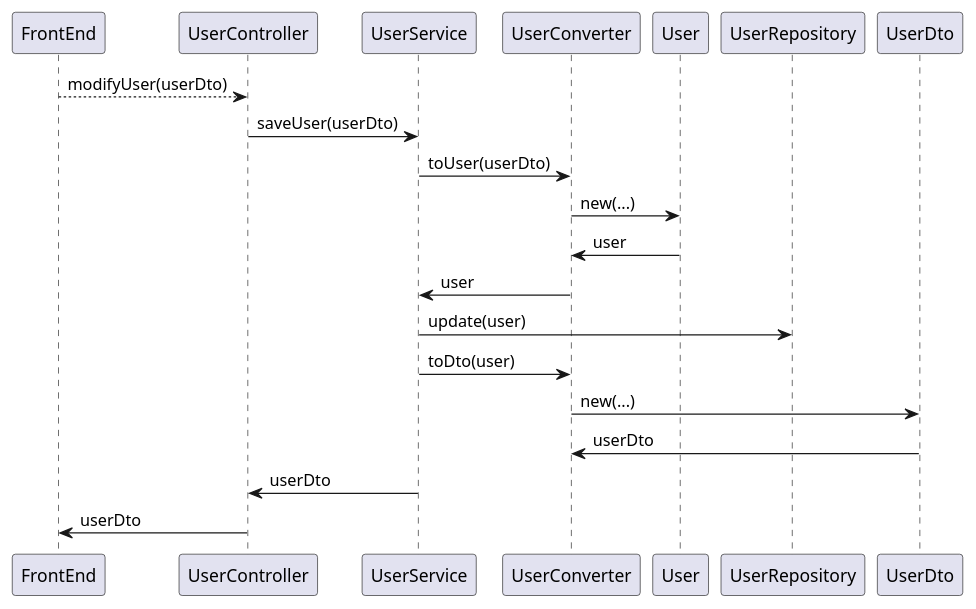
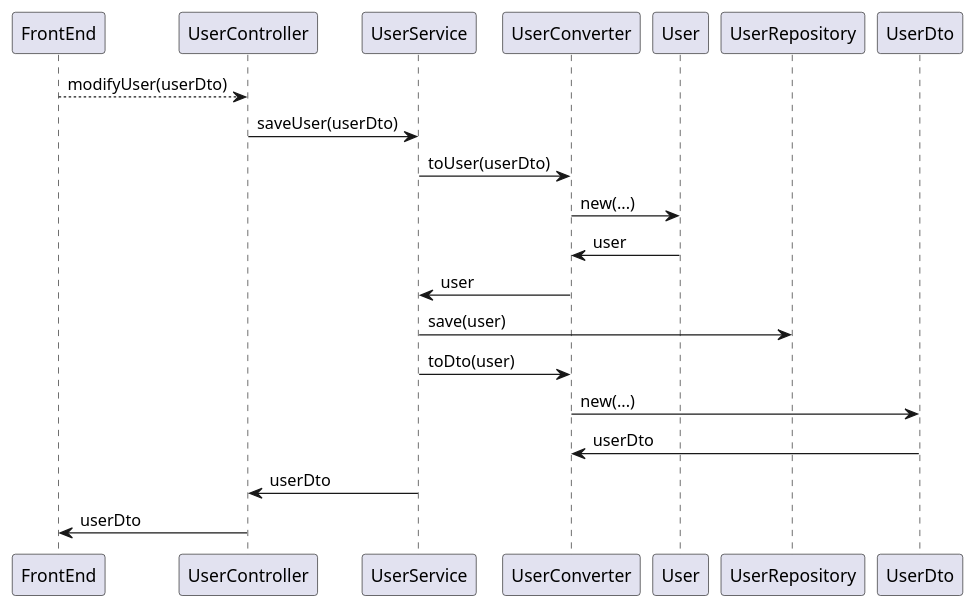
Before and after one commit to CangaRouter/ExGas: the sixth of 14 diagrams in docs/DesignDocument.md, drawn with PlantUML. The commit also changed other lines of this file, not shown here.

````diff
--- a/docs/DesignDocument.md
+++ b/docs/DesignDocument.md
@@ -635,16 +633,16 @@
 ```plantuml
 @startuml
     FrontEnd --> UserController : modifyUser(userDto)
     UserController -> UserService: saveUser(userDto)
     UserService -> UserConverter: toUser(userDto)
     UserConverter -> User: new(...)
     User -> UserConverter: user
     UserConverter -> UserService : user
-    UserService -> UserRepository: update(user)
+    UserService -> UserRepository: save(user)
     UserService -> UserConverter: toDto(user)
     UserConverter -> UserDto: new(...)
     UserDto -> UserConverter: userDto
     UserService -> UserController: userDto
     UserController -> FrontEnd: userDto
 @enduml
 ```
````
